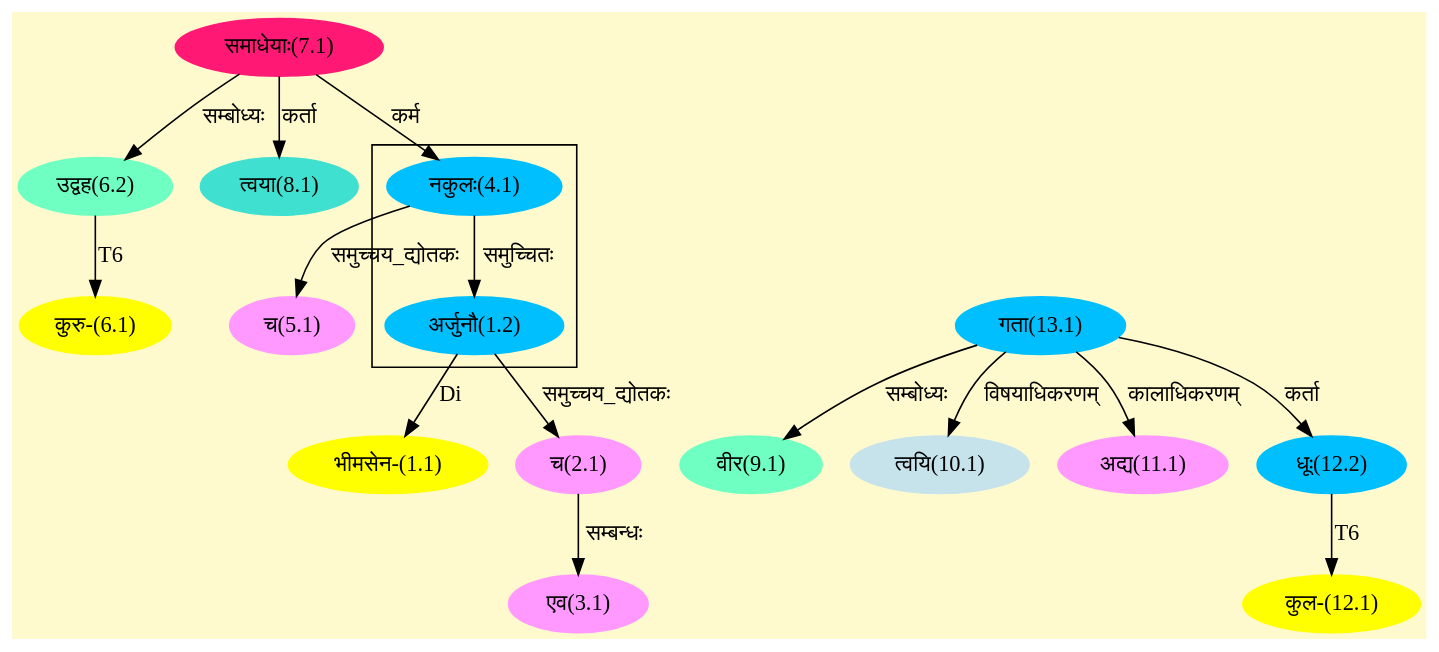
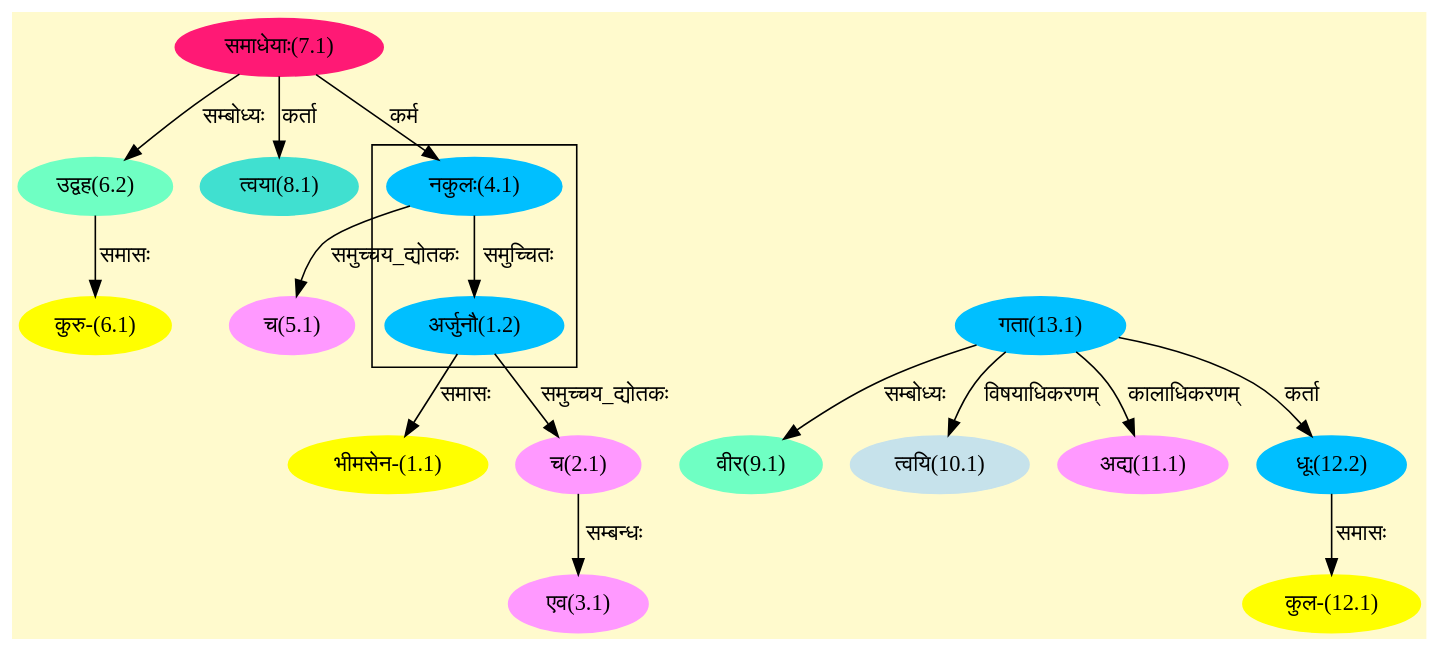
One commit to ska-mahe-blr/ska-ereader.github.io changed the diagram in assets/graphs/22_015_1.dot. Above: the diagram before and after it, drawn with Graphviz. The commit also changed 674 other files, not shown here.

```diff
--- a/assets/graphs/22_015_1.dot
+++ b/assets/graphs/22_015_1.dot
@@ -1,43 +1,43 @@
 digraph G{
 rankdir=BT;
  compound=true;
  bgcolor="lemonchiffon1";
 
 subgraph cluster_1{
 Node1_2 [style=filled, color="#00BFFF" label = "अर्जुनौ(1.2)"]
 Node4_1 [style=filled, color="#00BFFF" label = "नकुलः(4.1)"]
 
 }
 Node1_1 [style=filled, color="#FFFF00" label = "भीमसेन-(1.1)"]
 Node1_2 [style=filled, color="#00BFFF" label = "अर्जुनौ(1.2)"]
 Node2_1 [style=filled, color="#FF99FF" label = "च(2.1)"]
 Node3_1 [style=filled, color="#FF99FF" label = "एव(3.1)"]
 Node4_1 [style=filled, color="#00BFFF" label = "नकुलः(4.1)"]
 Node7_1 [style=filled, color="#FF1975" label = "समाधेयाः(7.1)"]
 Node5_1 [style=filled, color="#FF99FF" label = "च(5.1)"]
 Node6_1 [style=filled, color="#FFFF00" label = "कुरु-(6.1)"]
 Node6_2 [style=filled, color="#6FFFC3" label = "उद्वह(6.2)"]
 Node8_1 [style=filled, color="#40E0D0" label = "त्वया(8.1)"]
 Node9_1 [style=filled, color="#6FFFC3" label = "वीर(9.1)"]
 Node13_1 [style=filled, color="#00BFFF" label = "गता(13.1)"]
 Node10_1 [style=filled, color="#C6E2EB" label = "त्वयि(10.1)"]
 Node11_1 [style=filled, color="#FF99FF" label = "अद्य(11.1)"]
 Node12_1 [style=filled, color="#FFFF00" label = "कुल-(12.1)"]
 Node12_2 [style=filled, color="#00BFFF" label = "धूः(12.2)"]
 /* Start of Relations section */
 
-Node1_1 -> Node1_2 [  label="Di"  dir="back" ]
+Node1_1 -> Node1_2 [  label="समासः"  dir="back" ]
 Node1_2 -> Node4_1 [  label="समुच्चितः"  dir="back" ]
 Node2_1 -> Node1_2 [  label="समुच्चय_द्योतकः"  dir="back" ]
 Node3_1 -> Node2_1 [  label="सम्बन्धः"  dir="back" ]
 Node4_1 -> Node7_1 [  label="कर्म"  dir="back" ]
 Node5_1 -> Node4_1 [  label="समुच्चय_द्योतकः"  dir="back" ]
-Node6_1 -> Node6_2 [  label="T6"  dir="back" ]
+Node6_1 -> Node6_2 [  label="समासः"  dir="back" ]
 Node6_2 -> Node7_1 [  label="सम्बोध्यः"  dir="back" ]
 Node8_1 -> Node7_1 [  label="कर्ता"  dir="back" ]
 Node9_1 -> Node13_1 [  label="सम्बोध्यः"  dir="back" ]
 Node10_1 -> Node13_1 [  label="विषयाधिकरणम्"  dir="back" ]
 Node11_1 -> Node13_1 [  label="कालाधिकरणम्"  dir="back" ]
-Node12_1 -> Node12_2 [  label="T6"  dir="back" ]
+Node12_1 -> Node12_2 [  label="समासः"  dir="back" ]
 Node12_2 -> Node13_1 [  label="कर्ता"  dir="back" ]
 }
```
